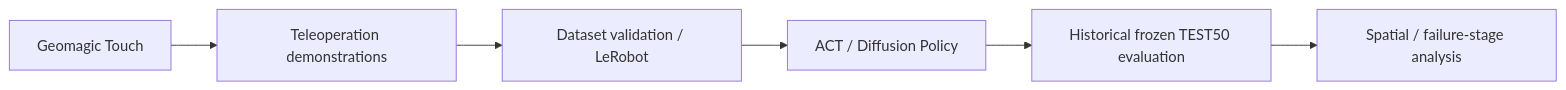
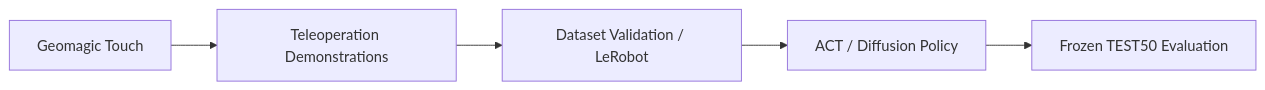
Before and after one commit to jack2148/franka-imitation-learning: the diagram in README.md, drawn with Mermaid. The commit also changed other lines of this file, not shown here.

Commit message:
Refine learning narrative and frozen TEST50 scope

````diff
--- a/README.md
+++ b/README.md
@@ -21,8 +23,7 @@
 ```mermaid
 flowchart LR
-    A[Geomagic Touch] --> B[Teleoperation demonstrations]
-    B --> C[Dataset validation / LeRobot]
+    A[Geomagic Touch] --> B[Teleoperation Demonstrations]
+    B --> C[Dataset Validation / LeRobot]
     C --> D[ACT / Diffusion Policy]
-    D --> E[Historical frozen TEST50 evaluation]
-    E --> F[Spatial / failure-stage analysis]
+    D --> E[Frozen TEST50 Evaluation]
 ```
````
